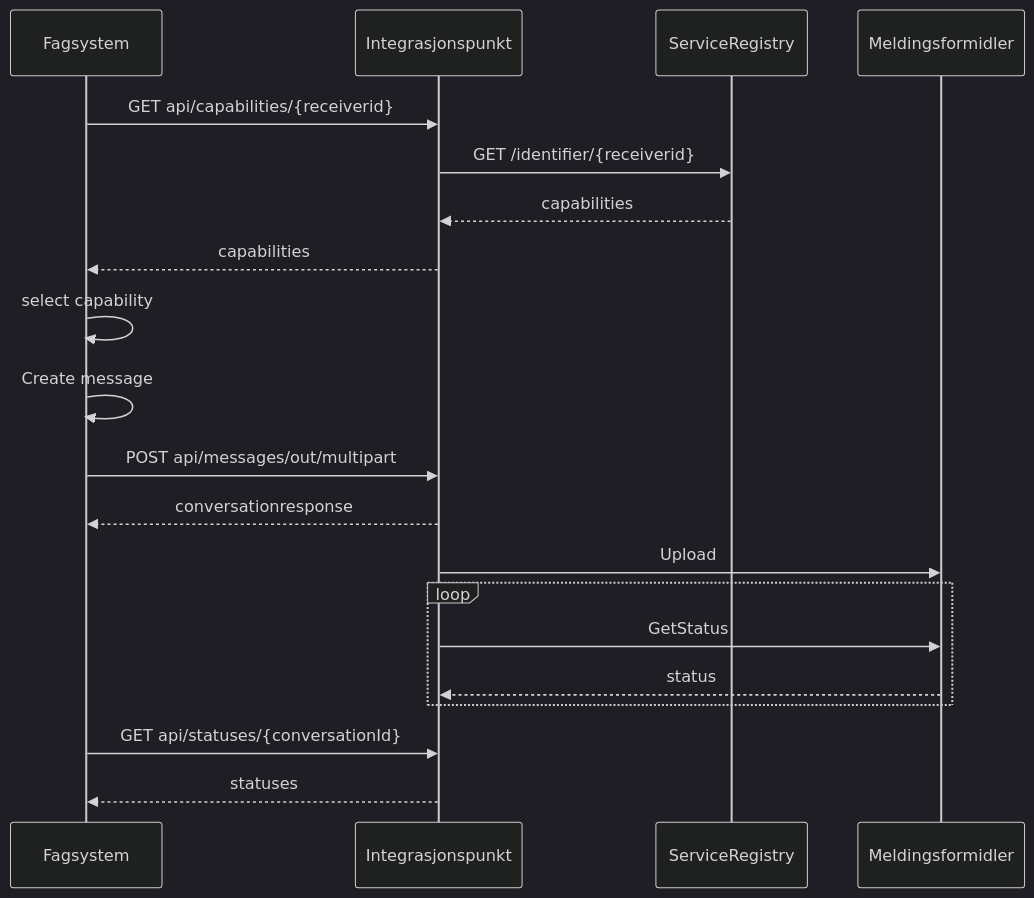
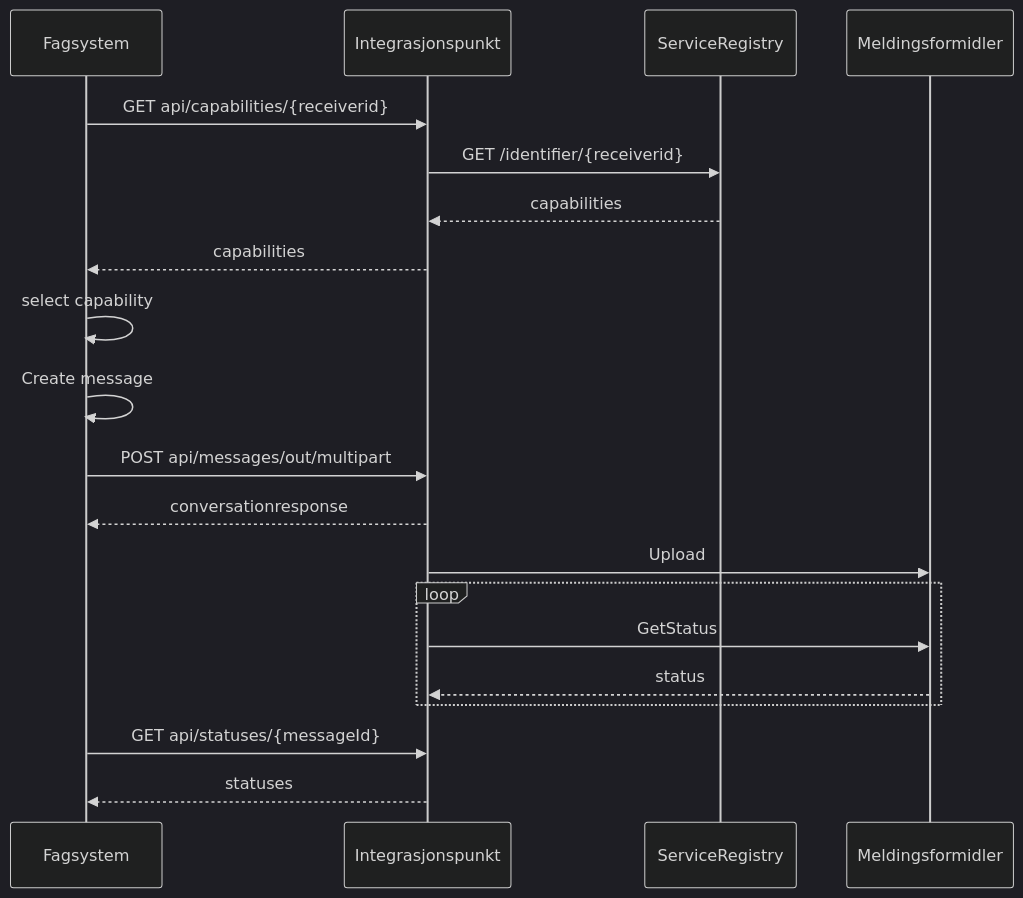
One commit to felleslosninger/docs changed the first of 3 diagrams in _docs/eFormidling/Teknisk_informasjon/meldingsflyt.md. Above: the diagram before and after it, drawn with Mermaid (dark theme). The commit also changed other lines of this file, not shown here.

```diff
--- a/_docs/eFormidling/Teknisk_informasjon/meldingsflyt.md
+++ b/_docs/eFormidling/Teknisk_informasjon/meldingsflyt.md
@@ -22,28 +22,28 @@
 <div class="mermaid">
 
 sequenceDiagram
     participant fs as Fagsystem
     participant ip as Integrasjonspunkt
     participant sr as ServiceRegistry
     participant mf  as Meldingsformidler
 
     
     fs->>ip: GET api/capabilities/{receiverid}
     ip->>sr: GET /identifier/{receiverid}
     sr-->>ip: capabilities
     ip-->>fs: capabilities
     fs->>fs: select capability  
 
     fs->>fs: Create message   
     fs->>ip: POST api/messages/out/multipart
     ip-->>fs: conversationresponse
     
     ip->>mf: Upload
     loop 
         ip->>mf: GetStatus
         mf-->>ip: status
     end
-    fs->>ip: GET api/statuses/{conversationId}
+    fs->>ip: GET api/statuses/{messageId}
     ip-->>fs: statuses
 
 </div>
```
